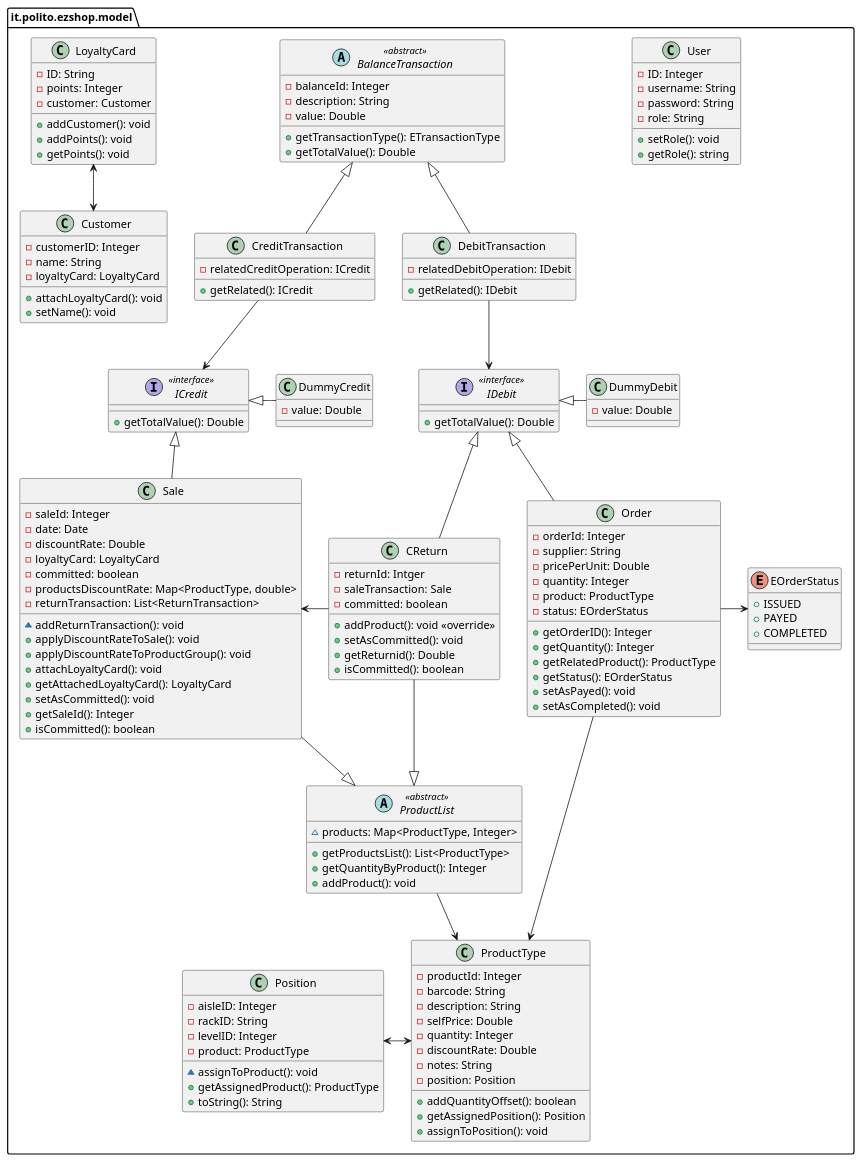
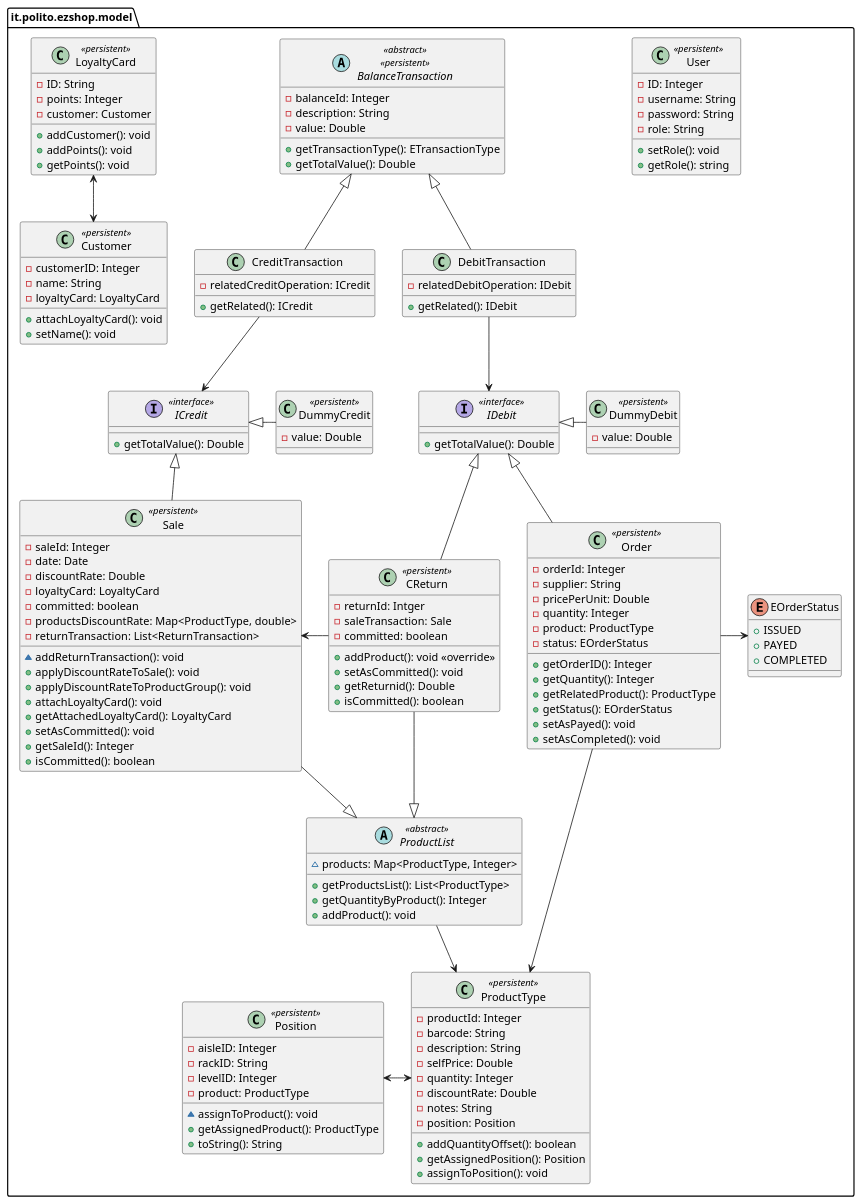
Before and after one commit to thegabriele97/EzShop: the third of 8 diagrams in Deliverables/DesignDocument.md, drawn with PlantUML.

Commit message:
docs: DesignDocument, updated class diagram with <<persistent>> note

````diff
--- a/Deliverables/DesignDocument.md
+++ b/Deliverables/DesignDocument.md
@@ -247,7 +247,7 @@
 ```plantuml
 
 package "it.polito.ezshop.model" as model {
-    class User {
+    class User <<persistent>> {
         -ID: Integer
         -username: String
         -password: String
@@ -256,7 +256,7 @@
         +getRole(): string
     }
 
-    class ProductType {
+    class ProductType <<persistent>> {
         -productId: Integer
         -barcode: String
         -description: String
@@ -270,7 +270,7 @@
         +assignToPosition(): void
     }
 
-    class Position {
+    class Position <<persistent>> {
         -aisleID: Integer
         -rackID: String
         -levelID: Integer
@@ -287,7 +287,7 @@
         +addProduct(): void
     }
 
-    class Sale {
+    class Sale <<persistent>> {
         -saleId: Integer
         -date: Date
         -discountRate: Double
@@ -305,7 +305,7 @@
         +isCommitted(): boolean
     }
 
-    class CReturn {
+    class CReturn <<persistent>> {
         -returnId: Intger
         -saleTransaction: Sale
         -committed: boolean
@@ -321,7 +321,7 @@
         +COMPLETED
     }
 
-    class Order {
+    class Order <<persistent>> {
         -orderId: Integer
         -supplier: String
         -pricePerUnit: Double
@@ -336,7 +336,7 @@
         +setAsCompleted(): void
     }
 
-    abstract BalanceTransaction <<abstract>> {
+    abstract BalanceTransaction <<abstract>> <<persistent>> {
         -balanceId: Integer
         -description: String
         -value: Double
@@ -344,7 +344,7 @@
         +getTotalValue(): Double
     }
 
-    class Customer {
+    class Customer <<persistent>> {
         -customerID: Integer
         -name: String
         -loyaltyCard: LoyaltyCard
@@ -352,7 +352,7 @@
         +setName(): void
     }
 
-    class LoyaltyCard {
+    class LoyaltyCard <<persistent>> {
         -ID: String
         -points: Integer
         -customer: Customer
@@ -379,11 +379,11 @@
         +getRelated(): IDebit
     }
 
-    class DummyCredit {
+    class DummyCredit <<persistent>> {
         -value: Double
     }
 
-    class DummyDebit {
+    class DummyDebit <<persistent>> {
         -value: Double
     }
 
````
